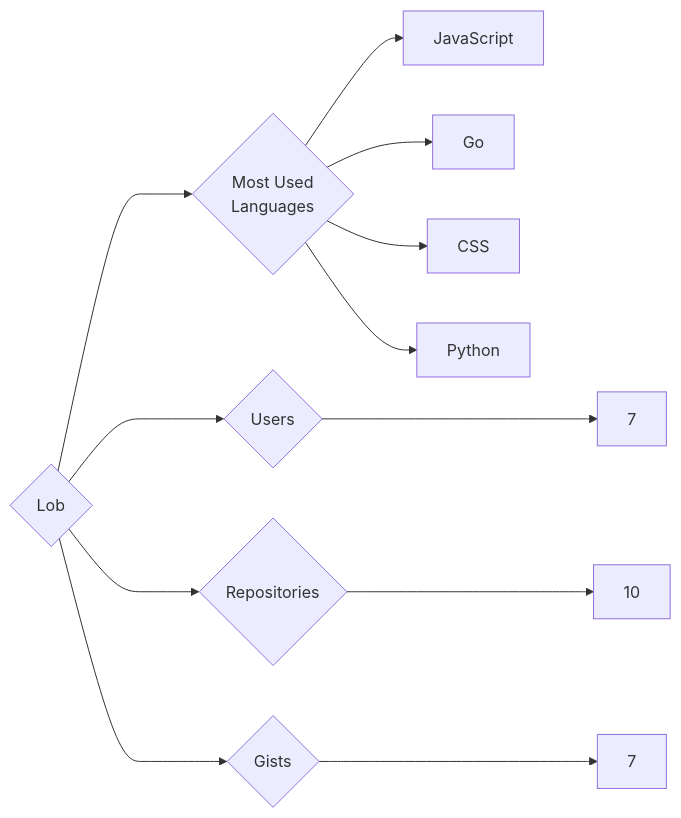
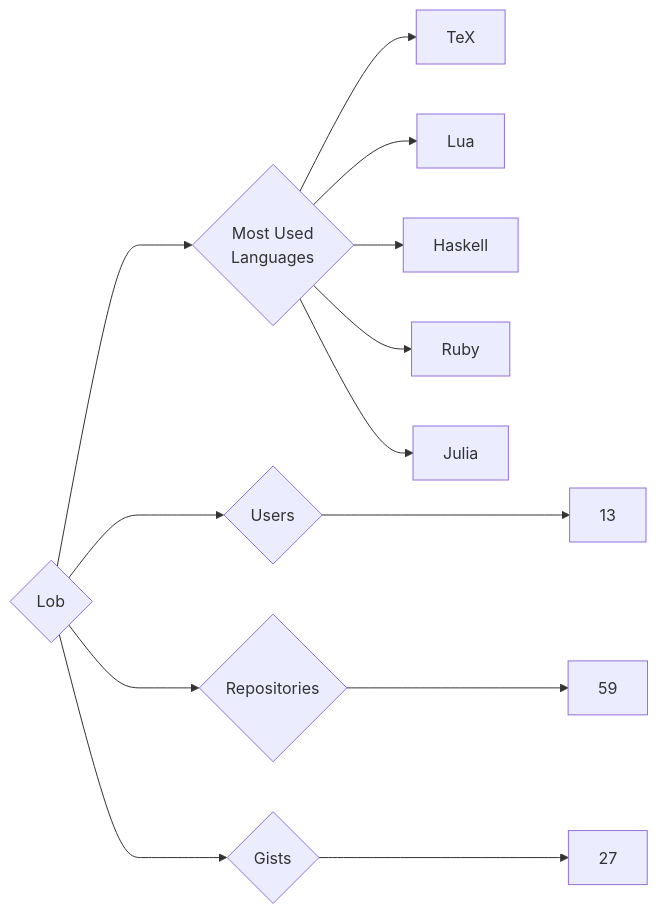
One commit to trickest/insiders changed the diagram in targets/Lob/README.md. Above: the diagram before and after it, drawn with Mermaid. The commit also changed 1479 other files, not shown here.

````diff
--- a/targets/Lob/README.md
+++ b/targets/Lob/README.md
@@ -3,12 +3,13 @@
 ```mermaid
 graph LR
 COMPANY_NAME{Lob}
-COMPANY_NAME ---> U{Users} ---> UN[7]
-COMPANY_NAME ---> R{Repositories} ---> RN[10]
-COMPANY_NAME ---> G{Gists} ---> GN[7]
+COMPANY_NAME ---> U{Users} ---> UN[13]
+COMPANY_NAME ---> R{Repositories} ---> RN[59]
+COMPANY_NAME ---> G{Gists} ---> GN[27]
 COMPANY_NAME ---> ML{Most Used<br>Languages}
-ML --> JavaScript[JavaScript]
-ML --> Go[Go]
-ML --> CSS[CSS]
-ML --> Python[Python]
+ML --> TeX[TeX]
+ML --> Lua[Lua]
+ML --> Haskell[Haskell]
+ML --> Ruby[Ruby]
+ML --> Julia[Julia]
 ```
````
